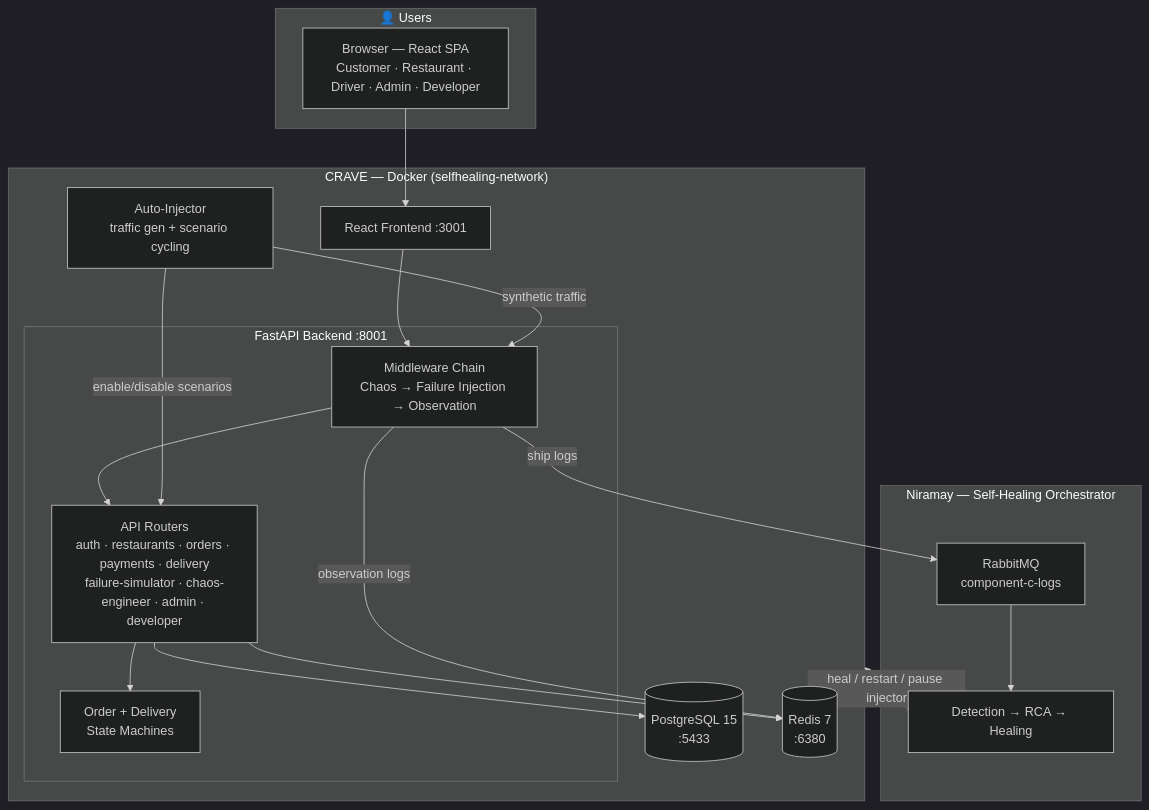
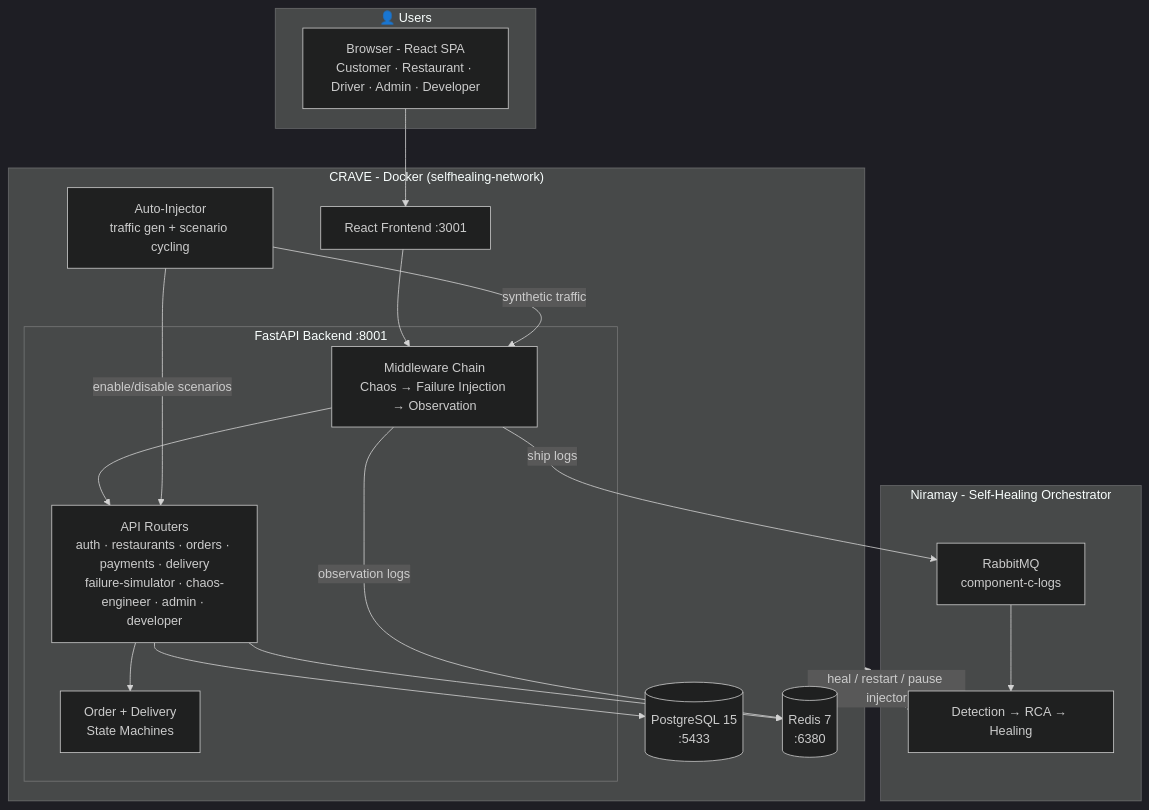
Before and after one commit to ParthGarg7/crave-chaos-kitchen: the first of 3 diagrams in README.md, drawn with Mermaid (dark theme). The commit also changed other lines of this file, not shown here.

Commit message:
docs: remove em dashes, add project history git graph

````diff
--- a/README.md
+++ b/README.md
@@ -39,34 +39,34 @@
 ```mermaid
 graph TB
     subgraph USER["👤 Users"]
-        BROWSER["Browser — React SPA<br/>Customer · Restaurant · Driver · Admin · Developer"]
+        BROWSER["Browser - React SPA<br/>Customer · Restaurant · Driver · Admin · Developer"]
     end
 
-    subgraph CRAVE["CRAVE — Docker (selfhealing-network)"]
+    subgraph CRAVE["CRAVE - Docker (selfhealing-network)"]
         subgraph BACKEND["FastAPI Backend :8001"]
             MW["Middleware Chain<br/>Chaos → Failure Injection → Observation"]
             API["API Routers<br/>auth · restaurants · orders · payments · delivery<br/>failure-simulator · chaos-engineer · admin · developer"]
             SM["Order + Delivery<br/>State Machines"]
         end
 
         INJECTOR["Auto-Injector<br/>traffic gen + scenario cycling"]
         POSTGRES[("PostgreSQL 15<br/>:5433")]
         REDIS[("Redis 7<br/>:6380")]
         FRONTEND["React Frontend :3001"]
     end
 
-    subgraph NIRAMAY["Niramay — Self-Healing Orchestrator"]
+    subgraph NIRAMAY["Niramay - Self-Healing Orchestrator"]
         RABBIT["RabbitMQ<br/>component-c-logs"]
         HEALER["Detection → RCA → Healing"]
     end
 
     BROWSER --> FRONTEND --> MW
     MW --> API --> SM
     API --> POSTGRES
     API --> REDIS
     INJECTOR -->|"enable/disable scenarios"| API
     INJECTOR -->|"synthetic traffic"| MW
     MW -->|"observation logs"| REDIS
     MW -->|"ship logs"| RABBIT --> HEALER
     HEALER -.->|"heal / restart / pause injector"| CRAVE
 ```
````
